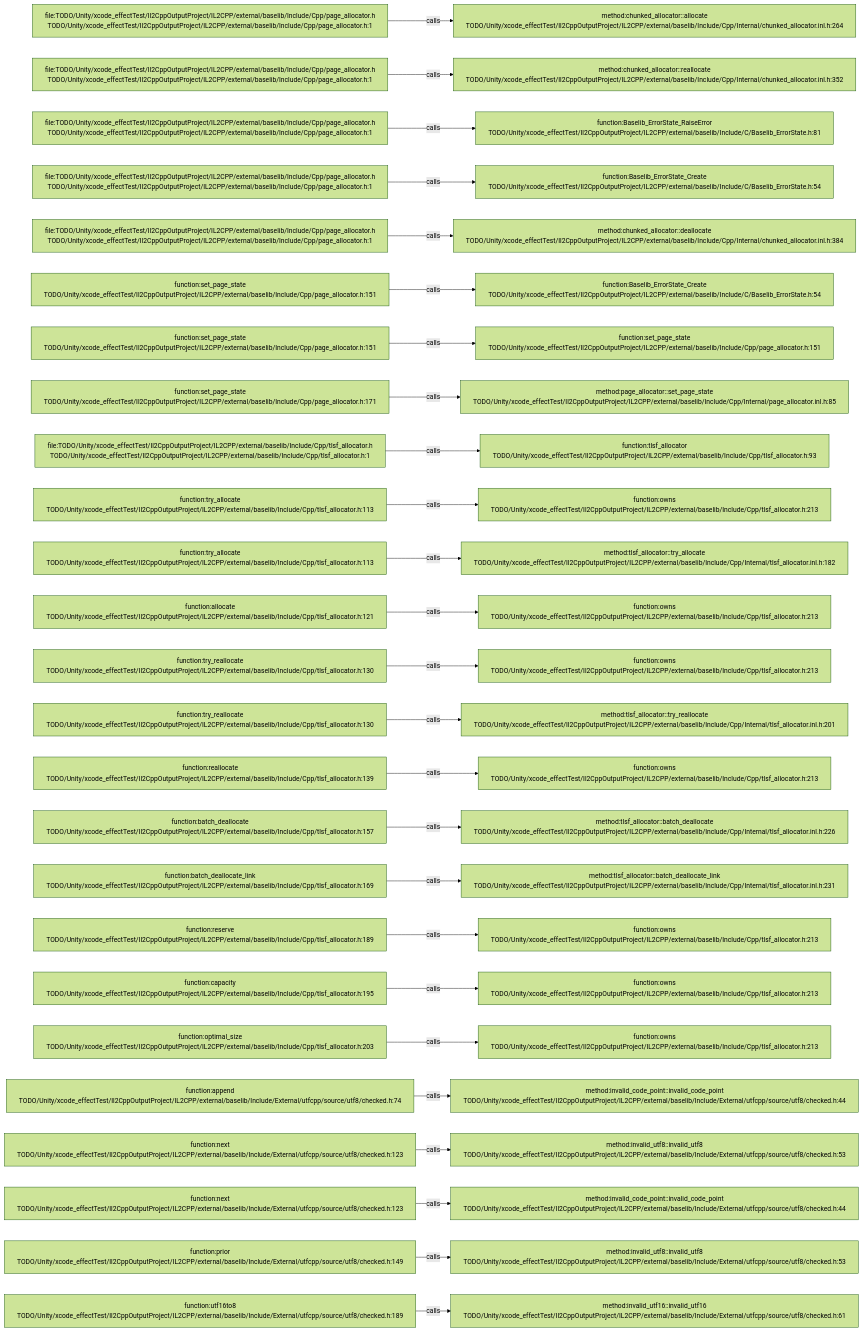
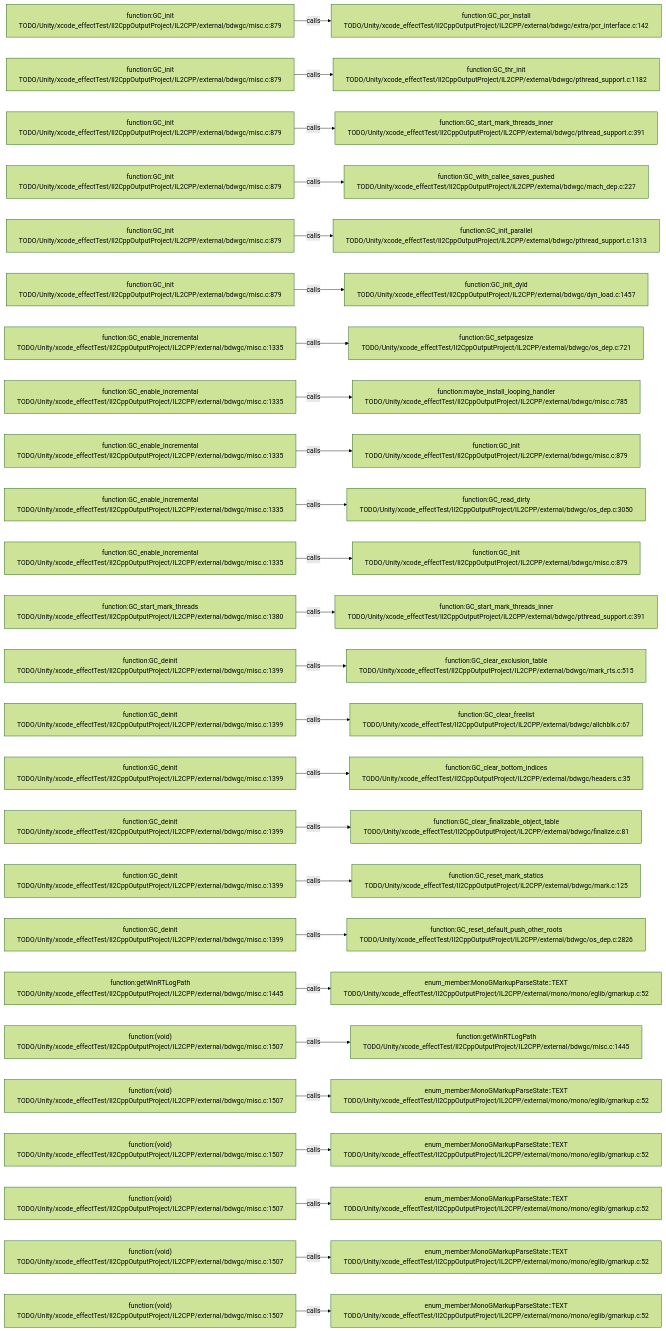
Before and after one commit to JobsKits/JobsSwiftBaseConfigDemo: the diagram in .codegraph/codegraph.md/graphs/calls-139.md, drawn with Mermaid (forest theme). The commit also changed 227 other files, not shown here.

````diff
--- a/.codegraph/codegraph.md/graphs/calls-139.md
+++ b/.codegraph/codegraph.md/graphs/calls-139.md
@@ -13,78 +13,78 @@
 ```mermaid
 flowchart LR
-  S1["file:TODO/Unity/xcode_effectTest/Il2CppOutputProject/IL2CPP/external/baselib/Include/Cpp/page_allocator.h<br/>TODO/Unity/xcode_effectTest/Il2CppOutputProject/IL2CPP/external/baselib/Include/Cpp/page_allocator.h:1"]
-  T1["method:chunked_allocator::allocate<br/>TODO/Unity/xcode_effectTest/Il2CppOutputProject/IL2CPP/external/baselib/Include/Cpp/Internal/chunked_allocator.inl.h:264"]
+  S1["function:GC_init<br/>TODO/Unity/xcode_effectTest/Il2CppOutputProject/IL2CPP/external/bdwgc/misc.c:879"]
+  T1["function:GC_pcr_install<br/>TODO/Unity/xcode_effectTest/Il2CppOutputProject/IL2CPP/external/bdwgc/extra/pcr_interface.c:142"]
   S1 -->|calls| T1
-  S2["file:TODO/Unity/xcode_effectTest/Il2CppOutputProject/IL2CPP/external/baselib/Include/Cpp/page_allocator.h<br/>TODO/Unity/xcode_effectTest/Il2CppOutputProject/IL2CPP/external/baselib/Include/Cpp/page_allocator.h:1"]
-  T2["method:chunked_allocator::reallocate<br/>TODO/Unity/xcode_effectTest/Il2CppOutputProject/IL2CPP/external/baselib/Include/Cpp/Internal/chunked_allocator.inl.h:352"]
+  S2["function:GC_init<br/>TODO/Unity/xcode_effectTest/Il2CppOutputProject/IL2CPP/external/bdwgc/misc.c:879"]
+  T2["function:GC_thr_init<br/>TODO/Unity/xcode_effectTest/Il2CppOutputProject/IL2CPP/external/bdwgc/pthread_support.c:1182"]
   S2 -->|calls| T2
-  S3["file:TODO/Unity/xcode_effectTest/Il2CppOutputProject/IL2CPP/external/baselib/Include/Cpp/page_allocator.h<br/>TODO/Unity/xcode_effectTest/Il2CppOutputProject/IL2CPP/external/baselib/Include/Cpp/page_allocator.h:1"]
-  T3["function:Baselib_ErrorState_RaiseError<br/>TODO/Unity/xcode_effectTest/Il2CppOutputProject/IL2CPP/external/baselib/Include/C/Baselib_ErrorState.h:81"]
+  S3["function:GC_init<br/>TODO/Unity/xcode_effectTest/Il2CppOutputProject/IL2CPP/external/bdwgc/misc.c:879"]
+  T3["function:GC_start_mark_threads_inner<br/>TODO/Unity/xcode_effectTest/Il2CppOutputProject/IL2CPP/external/bdwgc/pthread_support.c:391"]
   S3 -->|calls| T3
-  S4["file:TODO/Unity/xcode_effectTest/Il2CppOutputProject/IL2CPP/external/baselib/Include/Cpp/page_allocator.h<br/>TODO/Unity/xcode_effectTest/Il2CppOutputProject/IL2CPP/external/baselib/Include/Cpp/page_allocator.h:1"]
-  T4["function:Baselib_ErrorState_Create<br/>TODO/Unity/xcode_effectTest/Il2CppOutputProject/IL2CPP/external/baselib/Include/C/Baselib_ErrorState.h:54"]
+  S4["function:GC_init<br/>TODO/Unity/xcode_effectTest/Il2CppOutputProject/IL2CPP/external/bdwgc/misc.c:879"]
+  T4["function:GC_with_callee_saves_pushed<br/>TODO/Unity/xcode_effectTest/Il2CppOutputProject/IL2CPP/external/bdwgc/mach_dep.c:227"]
   S4 -->|calls| T4
-  S5["file:TODO/Unity/xcode_effectTest/Il2CppOutputProject/IL2CPP/external/baselib/Include/Cpp/page_allocator.h<br/>TODO/Unity/xcode_effectTest/Il2CppOutputProject/IL2CPP/external/baselib/Include/Cpp/page_allocator.h:1"]
-  T5["method:chunked_allocator::deallocate<br/>TODO/Unity/xcode_effectTest/Il2CppOutputProject/IL2CPP/external/baselib/Include/Cpp/Internal/chunked_allocator.inl.h:384"]
+  S5["function:GC_init<br/>TODO/Unity/xcode_effectTest/Il2CppOutputProject/IL2CPP/external/bdwgc/misc.c:879"]
+  T5["function:GC_init_parallel<br/>TODO/Unity/xcode_effectTest/Il2CppOutputProject/IL2CPP/external/bdwgc/pthread_support.c:1313"]
   S5 -->|calls| T5
-  S6["function:set_page_state<br/>TODO/Unity/xcode_effectTest/Il2CppOutputProject/IL2CPP/external/baselib/Include/Cpp/page_allocator.h:151"]
-  T6["function:Baselib_ErrorState_Create<br/>TODO/Unity/xcode_effectTest/Il2CppOutputProject/IL2CPP/external/baselib/Include/C/Baselib_ErrorState.h:54"]
+  S6["function:GC_init<br/>TODO/Unity/xcode_effectTest/Il2CppOutputProject/IL2CPP/external/bdwgc/misc.c:879"]
+  T6["function:GC_init_dyld<br/>TODO/Unity/xcode_effectTest/Il2CppOutputProject/IL2CPP/external/bdwgc/dyn_load.c:1457"]
   S6 -->|calls| T6
-  S7["function:set_page_state<br/>TODO/Unity/xcode_effectTest/Il2CppOutputProject/IL2CPP/external/baselib/Include/Cpp/page_allocator.h:151"]
-  T7["function:set_page_state<br/>TODO/Unity/xcode_effectTest/Il2CppOutputProject/IL2CPP/external/baselib/Include/Cpp/page_allocator.h:151"]
+  S7["function:GC_enable_incremental<br/>TODO/Unity/xcode_effectTest/Il2CppOutputProject/IL2CPP/external/bdwgc/misc.c:1335"]
+  T7["function:GC_setpagesize<br/>TODO/Unity/xcode_effectTest/Il2CppOutputProject/IL2CPP/external/bdwgc/os_dep.c:721"]
   S7 -->|calls| T7
-  S8["function:set_page_state<br/>TODO/Unity/xcode_effectTest/Il2CppOutputProject/IL2CPP/external/baselib/Include/Cpp/page_allocator.h:171"]
-  T8["method:page_allocator::set_page_state<br/>TODO/Unity/xcode_effectTest/Il2CppOutputProject/IL2CPP/external/baselib/Include/Cpp/Internal/page_allocator.inl.h:85"]
+  S8["function:GC_enable_incremental<br/>TODO/Unity/xcode_effectTest/Il2CppOutputProject/IL2CPP/external/bdwgc/misc.c:1335"]
+  T8["function:maybe_install_looping_handler<br/>TODO/Unity/xcode_effectTest/Il2CppOutputProject/IL2CPP/external/bdwgc/misc.c:785"]
   S8 -->|calls| T8
-  S9["file:TODO/Unity/xcode_effectTest/Il2CppOutputProject/IL2CPP/external/baselib/Include/Cpp/tlsf_allocator.h<br/>TODO/Unity/xcode_effectTest/Il2CppOutputProject/IL2CPP/external/baselib/Include/Cpp/tlsf_allocator.h:1"]
-  T9["function:tlsf_allocator<br/>TODO/Unity/xcode_effectTest/Il2CppOutputProject/IL2CPP/external/baselib/Include/Cpp/tlsf_allocator.h:93"]
+  S9["function:GC_enable_incremental<br/>TODO/Unity/xcode_effectTest/Il2CppOutputProject/IL2CPP/external/bdwgc/misc.c:1335"]
+  T9["function:GC_init<br/>TODO/Unity/xcode_effectTest/Il2CppOutputProject/IL2CPP/external/bdwgc/misc.c:879"]
   S9 -->|calls| T9
-  S10["function:try_allocate<br/>TODO/Unity/xcode_effectTest/Il2CppOutputProject/IL2CPP/external/baselib/Include/Cpp/tlsf_allocator.h:113"]
-  T10["function:owns<br/>TODO/Unity/xcode_effectTest/Il2CppOutputProject/IL2CPP/external/baselib/Include/Cpp/tlsf_allocator.h:213"]
+  S10["function:GC_enable_incremental<br/>TODO/Unity/xcode_effectTest/Il2CppOutputProject/IL2CPP/external/bdwgc/misc.c:1335"]
+  T10["function:GC_read_dirty<br/>TODO/Unity/xcode_effectTest/Il2CppOutputProject/IL2CPP/external/bdwgc/os_dep.c:3050"]
   S10 -->|calls| T10
-  S11["function:try_allocate<br/>TODO/Unity/xcode_effectTest/Il2CppOutputProject/IL2CPP/external/baselib/Include/Cpp/tlsf_allocator.h:113"]
-  T11["method:tlsf_allocator::try_allocate<br/>TODO/Unity/xcode_effectTest/Il2CppOutputProject/IL2CPP/external/baselib/Include/Cpp/Internal/tlsf_allocator.inl.h:182"]
+  S11["function:GC_enable_incremental<br/>TODO/Unity/xcode_effectTest/Il2CppOutputProject/IL2CPP/external/bdwgc/misc.c:1335"]
+  T11["function:GC_init<br/>TODO/Unity/xcode_effectTest/Il2CppOutputProject/IL2CPP/external/bdwgc/misc.c:879"]
   S11 -->|calls| T11
-  S12["function:allocate<br/>TODO/Unity/xcode_effectTest/Il2CppOutputProject/IL2CPP/external/baselib/Include/Cpp/tlsf_allocator.h:121"]
-  T12["function:owns<br/>TODO/Unity/xcode_effectTest/Il2CppOutputProject/IL2CPP/external/baselib/Include/Cpp/tlsf_allocator.h:213"]
+  S12["function:GC_start_mark_threads<br/>TODO/Unity/xcode_effectTest/Il2CppOutputProject/IL2CPP/external/bdwgc/misc.c:1380"]
+  T12["function:GC_start_mark_threads_inner<br/>TODO/Unity/xcode_effectTest/Il2CppOutputProject/IL2CPP/external/bdwgc/pthread_support.c:391"]
   S12 -->|calls| T12
-  S13["function:try_reallocate<br/>TODO/Unity/xcode_effectTest/Il2CppOutputProject/IL2CPP/external/baselib/Include/Cpp/tlsf_allocator.h:130"]
-  T13["function:owns<br/>TODO/Unity/xcode_effectTest/Il2CppOutputProject/IL2CPP/external/baselib/Include/Cpp/tlsf_allocator.h:213"]
+  S13["function:GC_deinit<br/>TODO/Unity/xcode_effectTest/Il2CppOutputProject/IL2CPP/external/bdwgc/misc.c:1399"]
+  T13["function:GC_clear_exclusion_table<br/>TODO/Unity/xcode_effectTest/Il2CppOutputProject/IL2CPP/external/bdwgc/mark_rts.c:515"]
   S13 -->|calls| T13
-  S14["function:try_reallocate<br/>TODO/Unity/xcode_effectTest/Il2CppOutputProject/IL2CPP/external/baselib/Include/Cpp/tlsf_allocator.h:130"]
-  T14["method:tlsf_allocator::try_reallocate<br/>TODO/Unity/xcode_effectTest/Il2CppOutputProject/IL2CPP/external/baselib/Include/Cpp/Internal/tlsf_allocator.inl.h:201"]
+  S14["function:GC_deinit<br/>TODO/Unity/xcode_effectTest/Il2CppOutputProject/IL2CPP/external/bdwgc/misc.c:1399"]
+  T14["function:GC_clear_freelist<br/>TODO/Unity/xcode_effectTest/Il2CppOutputProject/IL2CPP/external/bdwgc/allchblk.c:67"]
   S14 -->|calls| T14
-  S15["function:reallocate<br/>TODO/Unity/xcode_effectTest/Il2CppOutputProject/IL2CPP/external/baselib/Include/Cpp/tlsf_allocator.h:139"]
-  T15["function:owns<br/>TODO/Unity/xcode_effectTest/Il2CppOutputProject/IL2CPP/external/baselib/Include/Cpp/tlsf_allocator.h:213"]
+  S15["function:GC_deinit<br/>TODO/Unity/xcode_effectTest/Il2CppOutputProject/IL2CPP/external/bdwgc/misc.c:1399"]
+  T15["function:GC_clear_bottom_indices<br/>TODO/Unity/xcode_effectTest/Il2CppOutputProject/IL2CPP/external/bdwgc/headers.c:35"]
   S15 -->|calls| T15
-  S16["function:batch_deallocate<br/>TODO/Unity/xcode_effectTest/Il2CppOutputProject/IL2CPP/external/baselib/Include/Cpp/tlsf_allocator.h:157"]
-  T16["method:tlsf_allocator::batch_deallocate<br/>TODO/Unity/xcode_effectTest/Il2CppOutputProject/IL2CPP/external/baselib/Include/Cpp/Internal/tlsf_allocator.inl.h:226"]
+  S16["function:GC_deinit<br/>TODO/Unity/xcode_effectTest/Il2CppOutputProject/IL2CPP/external/bdwgc/misc.c:1399"]
+  T16["function:GC_clear_finalizable_object_table<br/>TODO/Unity/xcode_effectTest/Il2CppOutputProject/IL2CPP/external/bdwgc/finalize.c:81"]
   S16 -->|calls| T16
-  S17["function:batch_deallocate_link<br/>TODO/Unity/xcode_effectTest/Il2CppOutputProject/IL2CPP/external/baselib/Include/Cpp/tlsf_allocator.h:169"]
-  T17["method:tlsf_allocator::batch_deallocate_link<br/>TODO/Unity/xcode_effectTest/Il2CppOutputProject/IL2CPP/external/baselib/Include/Cpp/Internal/tlsf_allocator.inl.h:231"]
+  S17["function:GC_deinit<br/>TODO/Unity/xcode_effectTest/Il2CppOutputProject/IL2CPP/external/bdwgc/misc.c:1399"]
+  T17["function:GC_reset_mark_statics<br/>TODO/Unity/xcode_effectTest/Il2CppOutputProject/IL2CPP/external/bdwgc/mark.c:125"]
   S17 -->|calls| T17
-  S18["function:reserve<br/>TODO/Unity/xcode_effectTest/Il2CppOutputProject/IL2CPP/external/baselib/Include/Cpp/tlsf_allocator.h:189"]
-  T18["function:owns<br/>TODO/Unity/xcode_effectTest/Il2CppOutputProject/IL2CPP/external/baselib/Include/Cpp/tlsf_allocator.h:213"]
+  S18["function:GC_deinit<br/>TODO/Unity/xcode_effectTest/Il2CppOutputProject/IL2CPP/external/bdwgc/misc.c:1399"]
+  T18["function:GC_reset_default_push_other_roots<br/>TODO/Unity/xcode_effectTest/Il2CppOutputProject/IL2CPP/external/bdwgc/os_dep.c:2826"]
   S18 -->|calls| T18
-  S19["function:capacity<br/>TODO/Unity/xcode_effectTest/Il2CppOutputProject/IL2CPP/external/baselib/Include/Cpp/tlsf_allocator.h:195"]
-  T19["function:owns<br/>TODO/Unity/xcode_effectTest/Il2CppOutputProject/IL2CPP/external/baselib/Include/Cpp/tlsf_allocator.h:213"]
+  S19["function:getWinRTLogPath<br/>TODO/Unity/xcode_effectTest/Il2CppOutputProject/IL2CPP/external/bdwgc/misc.c:1445"]
+  T19["enum_member:MonoGMarkupParseState::TEXT<br/>TODO/Unity/xcode_effectTest/Il2CppOutputProject/IL2CPP/external/mono/mono/eglib/gmarkup.c:52"]
   S19 -->|calls| T19
-  S20["function:optimal_size<br/>TODO/Unity/xcode_effectTest/Il2CppOutputProject/IL2CPP/external/baselib/Include/Cpp/tlsf_allocator.h:203"]
-  T20["function:owns<br/>TODO/Unity/xcode_effectTest/Il2CppOutputProject/IL2CPP/external/baselib/Include/Cpp/tlsf_allocator.h:213"]
+  S20["function:(void)<br/>TODO/Unity/xcode_effectTest/Il2CppOutputProject/IL2CPP/external/bdwgc/misc.c:1507"]
+  T20["function:getWinRTLogPath<br/>TODO/Unity/xcode_effectTest/Il2CppOutputProject/IL2CPP/external/bdwgc/misc.c:1445"]
   S20 -->|calls| T20
-  S21["function:append<br/>TODO/Unity/xcode_effectTest/Il2CppOutputProject/IL2CPP/external/baselib/Include/External/utfcpp/source/utf8/checked.h:74"]
-  T21["method:invalid_code_point::invalid_code_point<br/>TODO/Unity/xcode_effectTest/Il2CppOutputProject/IL2CPP/external/baselib/Include/External/utfcpp/source/utf8/checked.h:44"]
+  S21["function:(void)<br/>TODO/Unity/xcode_effectTest/Il2CppOutputProject/IL2CPP/external/bdwgc/misc.c:1507"]
+  T21["enum_member:MonoGMarkupParseState::TEXT<br/>TODO/Unity/xcode_effectTest/Il2CppOutputProject/IL2CPP/external/mono/mono/eglib/gmarkup.c:52"]
   S21 -->|calls| T21
-  S22["function:next<br/>TODO/Unity/xcode_effectTest/Il2CppOutputProject/IL2CPP/external/baselib/Include/External/utfcpp/source/utf8/checked.h:123"]
-  T22["method:invalid_utf8::invalid_utf8<br/>TODO/Unity/xcode_effectTest/Il2CppOutputProject/IL2CPP/external/baselib/Include/External/utfcpp/source/utf8/checked.h:53"]
+  S22["function:(void)<br/>TODO/Unity/xcode_effectTest/Il2CppOutputProject/IL2CPP/external/bdwgc/misc.c:1507"]
+  T22["enum_member:MonoGMarkupParseState::TEXT<br/>TODO/Unity/xcode_effectTest/Il2CppOutputProject/IL2CPP/external/mono/mono/eglib/gmarkup.c:52"]
   S22 -->|calls| T22
-  S23["function:next<br/>TODO/Unity/xcode_effectTest/Il2CppOutputProject/IL2CPP/external/baselib/Include/External/utfcpp/source/utf8/checked.h:123"]
-  T23["method:invalid_code_point::invalid_code_point<br/>TODO/Unity/xcode_effectTest/Il2CppOutputProject/IL2CPP/external/baselib/Include/External/utfcpp/source/utf8/checked.h:44"]
+  S23["function:(void)<br/>TODO/Unity/xcode_effectTest/Il2CppOutputProject/IL2CPP/external/bdwgc/misc.c:1507"]
+  T23["enum_member:MonoGMarkupParseState::TEXT<br/>TODO/Unity/xcode_effectTest/Il2CppOutputProject/IL2CPP/external/mono/mono/eglib/gmarkup.c:52"]
   S23 -->|calls| T23
-  S24["function:prior<br/>TODO/Unity/xcode_effectTest/Il2CppOutputProject/IL2CPP/external/baselib/Include/External/utfcpp/source/utf8/checked.h:149"]
-  T24["method:invalid_utf8::invalid_utf8<br/>TODO/Unity/xcode_effectTest/Il2CppOutputProject/IL2CPP/external/baselib/Include/External/utfcpp/source/utf8/checked.h:53"]
+  S24["function:(void)<br/>TODO/Unity/xcode_effectTest/Il2CppOutputProject/IL2CPP/external/bdwgc/misc.c:1507"]
+  T24["enum_member:MonoGMarkupParseState::TEXT<br/>TODO/Unity/xcode_effectTest/Il2CppOutputProject/IL2CPP/external/mono/mono/eglib/gmarkup.c:52"]
   S24 -->|calls| T24
-  S25["function:utf16to8<br/>TODO/Unity/xcode_effectTest/Il2CppOutputProject/IL2CPP/external/baselib/Include/External/utfcpp/source/utf8/checked.h:189"]
-  T25["method:invalid_utf16::invalid_utf16<br/>TODO/Unity/xcode_effectTest/Il2CppOutputProject/IL2CPP/external/baselib/Include/External/utfcpp/source/utf8/checked.h:61"]
+  S25["function:(void)<br/>TODO/Unity/xcode_effectTest/Il2CppOutputProject/IL2CPP/external/bdwgc/misc.c:1507"]
+  T25["enum_member:MonoGMarkupParseState::TEXT<br/>TODO/Unity/xcode_effectTest/Il2CppOutputProject/IL2CPP/external/mono/mono/eglib/gmarkup.c:52"]
   S25 -->|calls| T25
 ```
````
